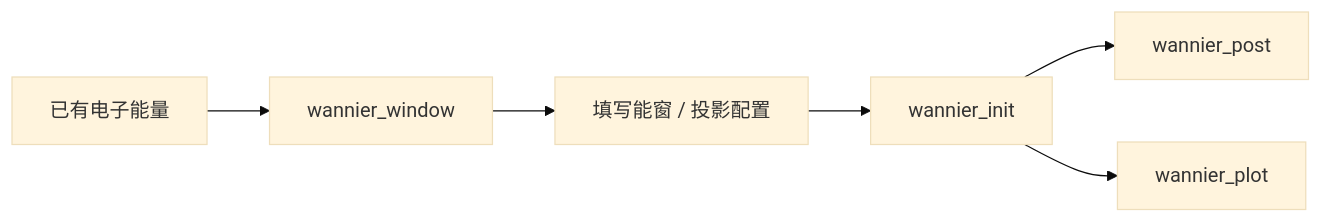
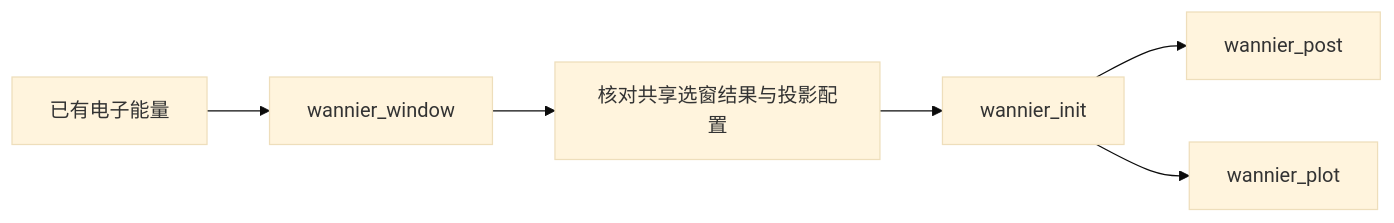
One commit to JLU-ICCMS-MaYuan/dftflow changed the diagram in docs/overview/wannierflow/README.md. Above: the diagram before and after it, drawn with Mermaid (base theme). The commit also changed other lines of this file and 36 other files, not shown here.

````diff
--- a/docs/overview/wannierflow/README.md
+++ b/docs/overview/wannierflow/README.md
@@ -32,8 +32,8 @@
 ```mermaid
 flowchart LR
     A[已有电子能量] --> B[wannier_window]
-    B --> C[填写能窗 / 投影配置]
+    B --> C[核对共享选窗结果与投影配置]
     C --> D[wannier_init]
     D --> E[wannier_post]
     D --> F[wannier_plot]
 ```
````
